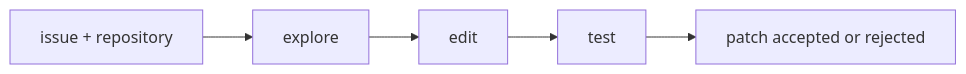
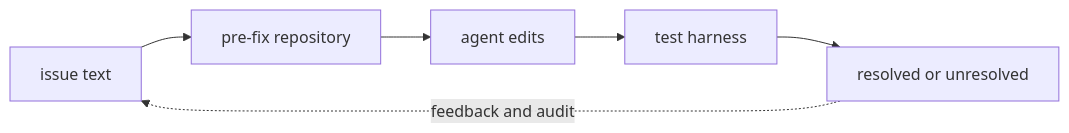
One commit to niyama-admin/learning-lab changed the first of 2 diagrams in llm-learning-repository/tutorials/03-evaluation-and-code/16-swe-bench.md. Above: the diagram before and after it, drawn with Mermaid. The commit also changed other lines of this file and 24 other files, not shown here.

````diff
--- a/llm-learning-repository/tutorials/03-evaluation-and-code/16-swe-bench.md
+++ b/llm-learning-repository/tutorials/03-evaluation-and-code/16-swe-bench.md
@@ -9,7 +22,8 @@
 ```mermaid
 flowchart LR
-  A["issue + repository"] --> B["explore"]
-  B["explore"] --> C["edit"]
-  C["edit"] --> D["test"]
-  D["test"] --> E["patch accepted or rejected"]
+  A["issue text"] --> B["pre-fix repository"]
+  B --> C["agent edits"]
+  C --> D["test harness"]
+  D --> E["resolved or unresolved"]
+  E -. feedback and audit .-> A
 ```
````
